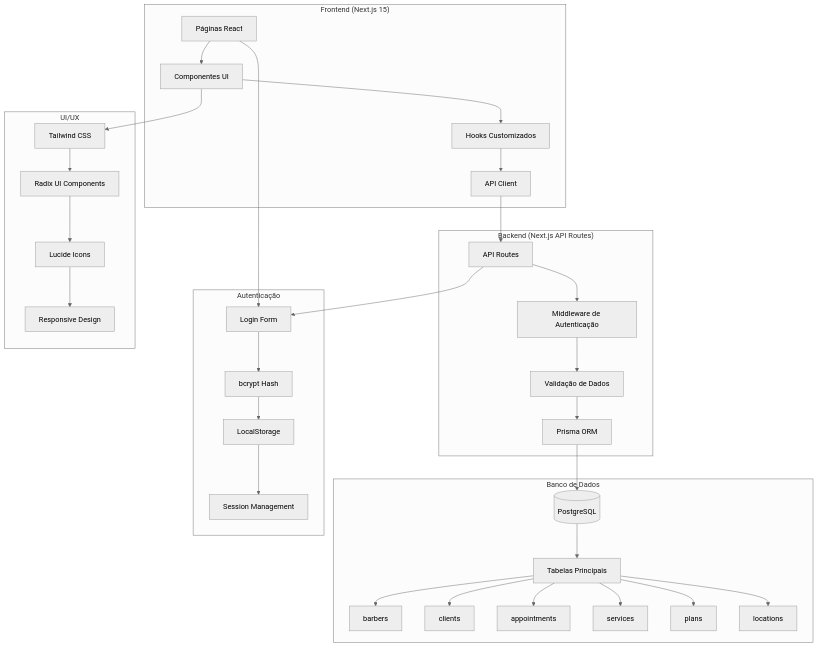
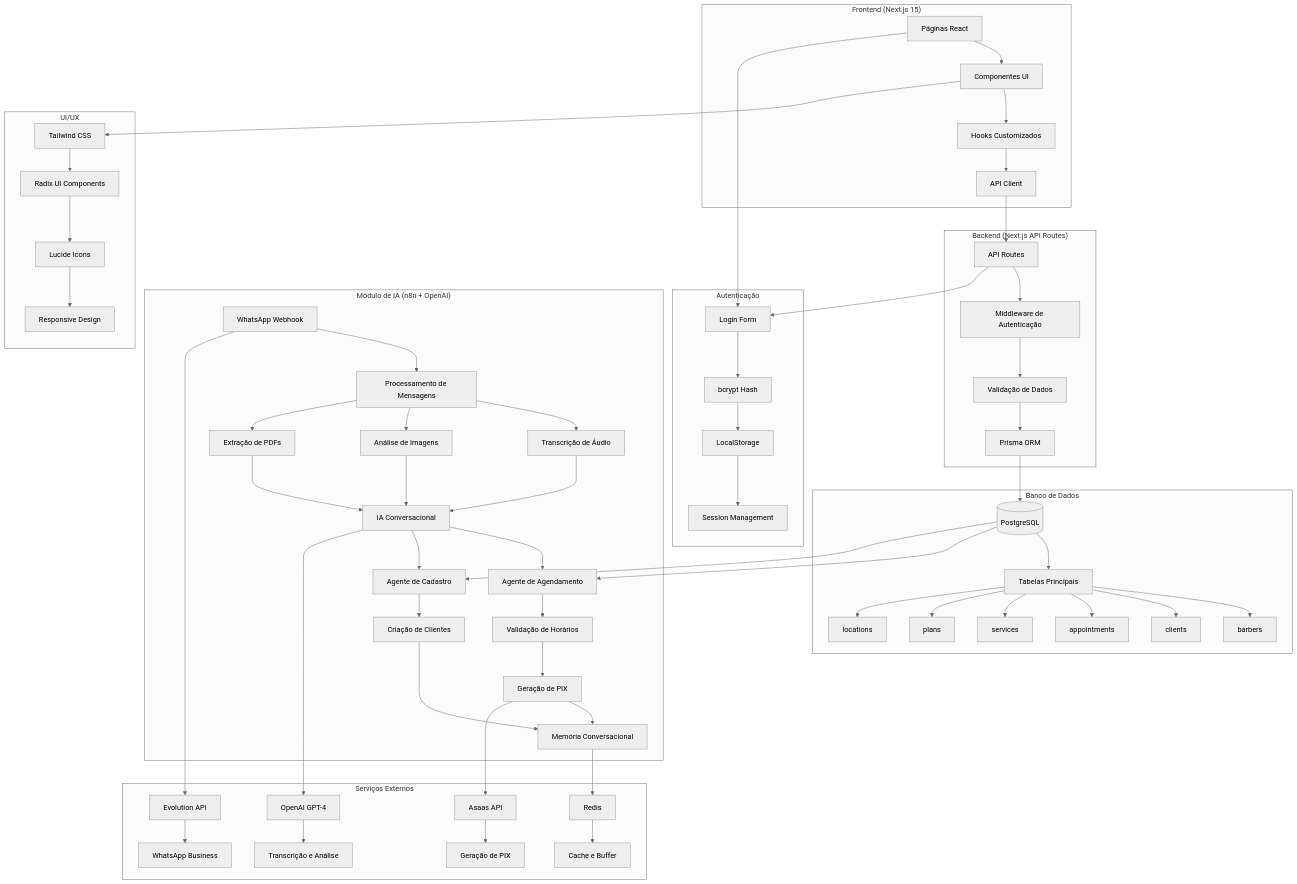
Before and after one commit to joaocruz1/barbearia_system: the first of 4 diagrams in README.md, drawn with Mermaid (neutral theme). The commit also changed other lines of this file, not shown here.

````diff
--- a/README.md
+++ b/README.md
@@ -34,42 +36,72 @@
 ```mermaid
 graph TB
     subgraph "Frontend (Next.js 15)"
         A[Páginas React] --> B[Componentes UI]
         B --> C[Hooks Customizados]
         C --> D[API Client]
     end
     
     subgraph "Backend (Next.js API Routes)"
         D --> E[API Routes]
         E --> F[Middleware de Autenticação]
         F --> G[Validação de Dados]
         G --> H[Prisma ORM]
     end
     
     subgraph "Banco de Dados"
         H --> I[(PostgreSQL)]
         I --> J[Tabelas Principais]
         J --> K[barbers]
         J --> L[clients]
         J --> M[appointments]
         J --> N[services]
         J --> O[plans]
         J --> P[locations]
     end
     
+    subgraph "Módulo de IA (n8n + OpenAI)"
+        WA[WhatsApp Webhook] --> WB[Processamento de Mensagens]
+        WB --> WC[Transcrição de Áudio]
+        WB --> WD[Análise de Imagens]
+        WB --> WE[Extração de PDFs]
+        WC --> WF[IA Conversacional]
+        WD --> WF
+        WE --> WF
+        WF --> WG[Agente de Agendamento]
+        WF --> WH[Agente de Cadastro]
+        WG --> WI[Validação de Horários]
+        WH --> WJ[Criação de Clientes]
+        WI --> WK[Geração de PIX]
+        WJ --> WL[Memória Conversacional]
+        WK --> WL
+    end
+    
+    subgraph "Serviços Externos"
+        XA[Evolution API] --> XB[WhatsApp Business]
+        XC[OpenAI GPT-4] --> XD[Transcrição e Análise]
+        XE[Asaas API] --> XF[Geração de PIX]
+        XG[Redis] --> XH[Cache e Buffer]
+    end
+    
     subgraph "Autenticação"
         Q[Login Form] --> R[bcrypt Hash]
         R --> S[LocalStorage]
         S --> T[Session Management]
     end
     
     subgraph "UI/UX"
         U[Tailwind CSS] --> V[Radix UI Components]
         V --> W[Lucide Icons]
         W --> X[Responsive Design]
     end
     
     A --> Q
     E --> Q
     B --> U
+    WA --> XA
+    WF --> XC
+    WK --> XE
+    WL --> XG
+    I --> WG
+    I --> WH
 ```
````
